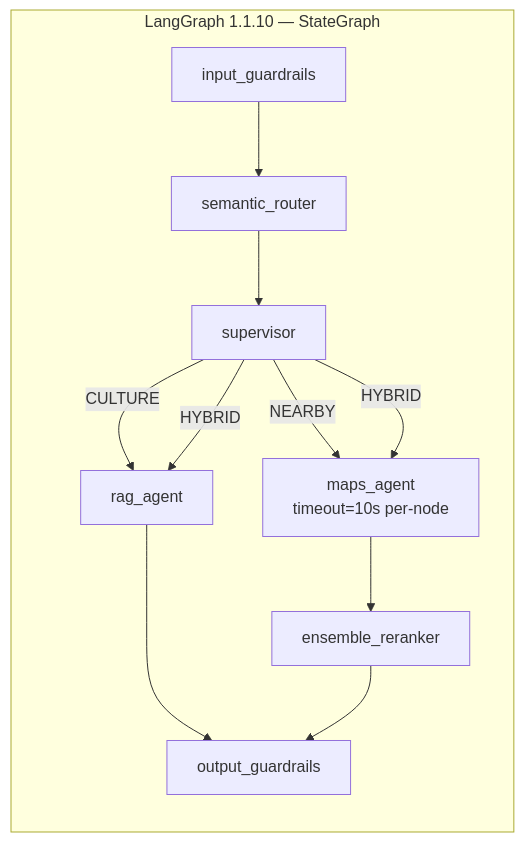
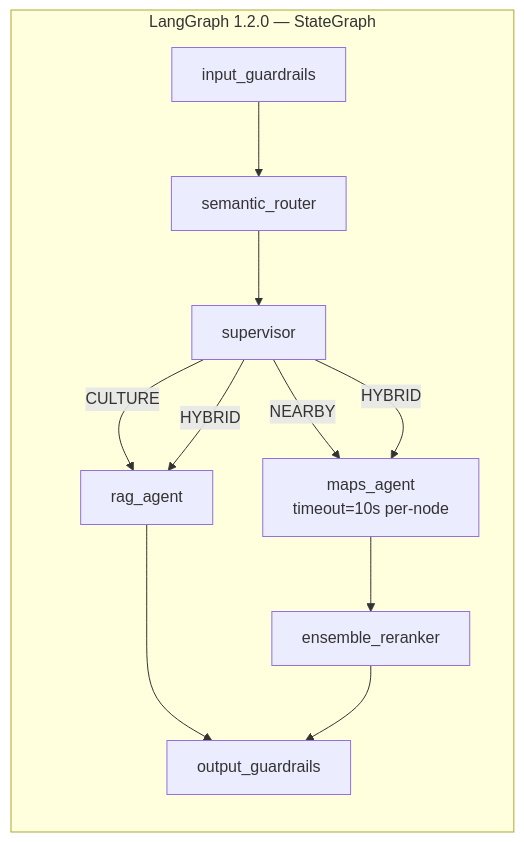
Before and after one commit to thanhnndev/citd-hk1-project: the third of 10 diagrams in docs/REQUIREMENTS.md, drawn with Mermaid. The commit also changed other lines of this file, not shown here.

````diff
--- a/docs/REQUIREMENTS.md
+++ b/docs/REQUIREMENTS.md
@@ -345,21 +361,21 @@
 ```mermaid
 flowchart LR
-    subgraph Graph["LangGraph 1.1.10 — StateGraph"]
+    subgraph Graph["LangGraph 1.2.0 — StateGraph"]
         direction TB
         N1["input_guardrails"]
         N2["semantic_router"]
         N3["supervisor"]
         N4["rag_agent"]
         N5["maps_agent\ntimeout=10s per-node"]
         N6["ensemble_reranker"]
         N7["output_guardrails"]
     end
 
     N1 --> N2 --> N3
     N3 -->|CULTURE| N4
     N3 -->|NEARBY| N5
     N3 -->|HYBRID| N4
     N3 -->|HYBRID| N5
     N4 --> N7
     N5 --> N6 --> N7
 ```
````
